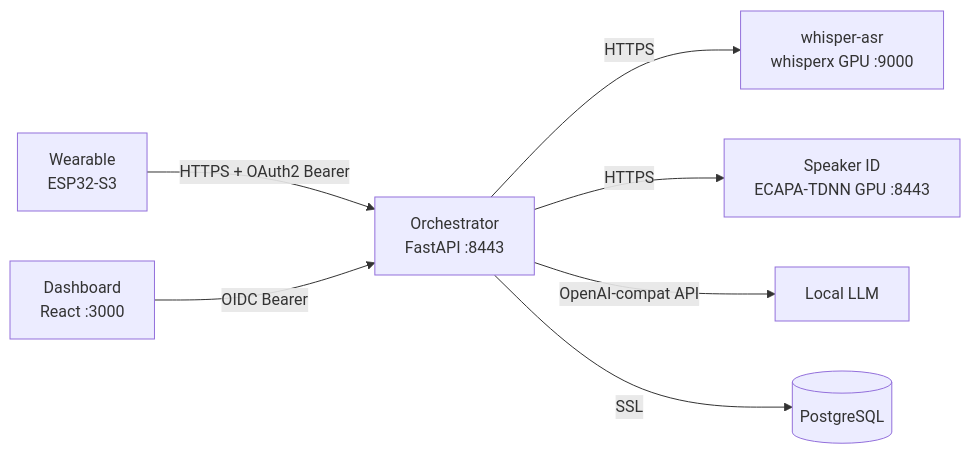
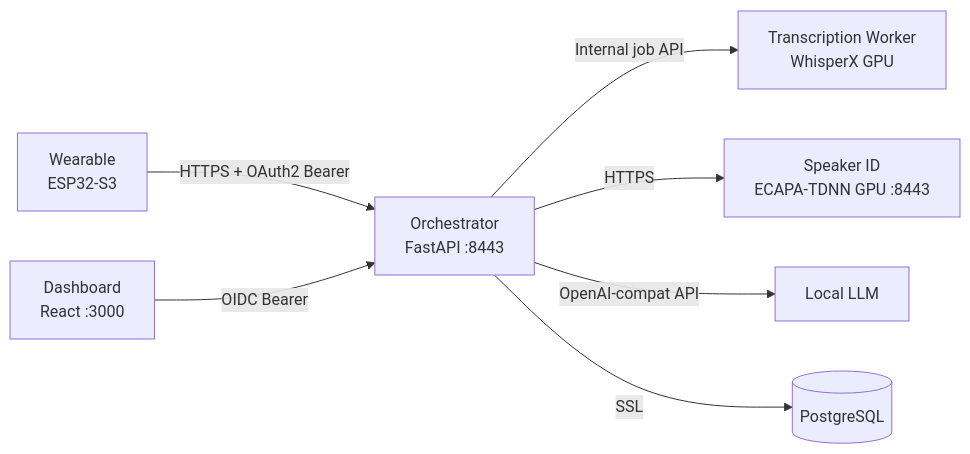
Before and after one commit to dlgreenwald/lifelog: the diagram in AGENTS.md, drawn with Mermaid. The commit also changed other lines of this file and 10 other files, not shown here.

````diff
--- a/AGENTS.md
+++ b/AGENTS.md
@@ -17,9 +17,9 @@
 ```mermaid
 graph LR
     ESP32[Wearable<br/>ESP32-S3] -->|HTTPS + OAuth2 Bearer| ORCH[Orchestrator<br/>FastAPI :8443]
-    ORCH -->|HTTPS| WHISPER[whisper-asr<br/>whisperx GPU :9000]
+    ORCH -->|Internal job API| TRANS[Transcription Worker<br/>WhisperX GPU]
     ORCH -->|HTTPS| SPK[Speaker ID<br/>ECAPA-TDNN GPU :8443]
     ORCH -->|OpenAI-compat API| LLM[Local LLM]
     ORCH -->|SSL| PG[(PostgreSQL)]
     DASH[Dashboard<br/>React :3000] -->|OIDC Bearer| ORCH
 ```
````
